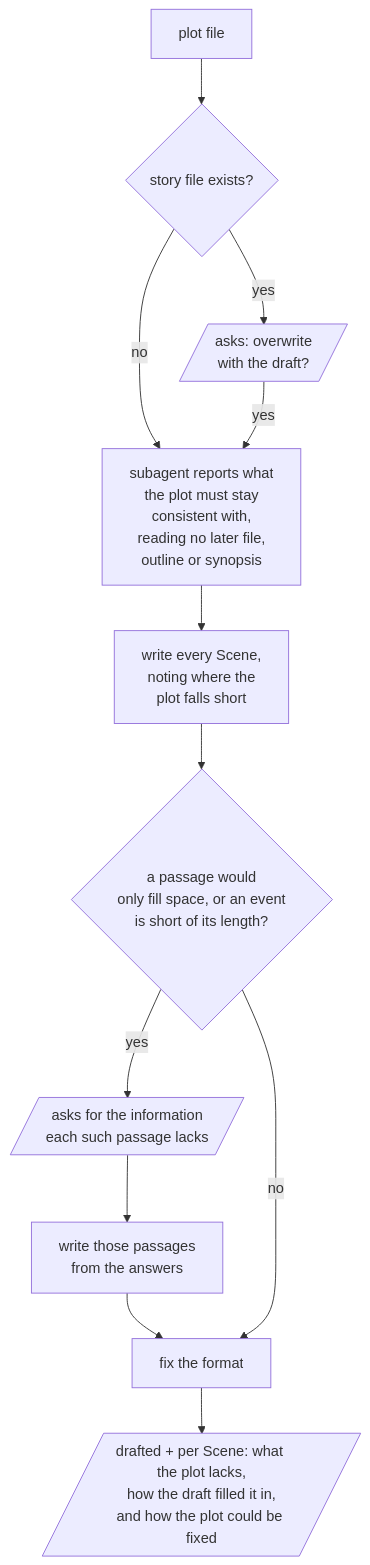
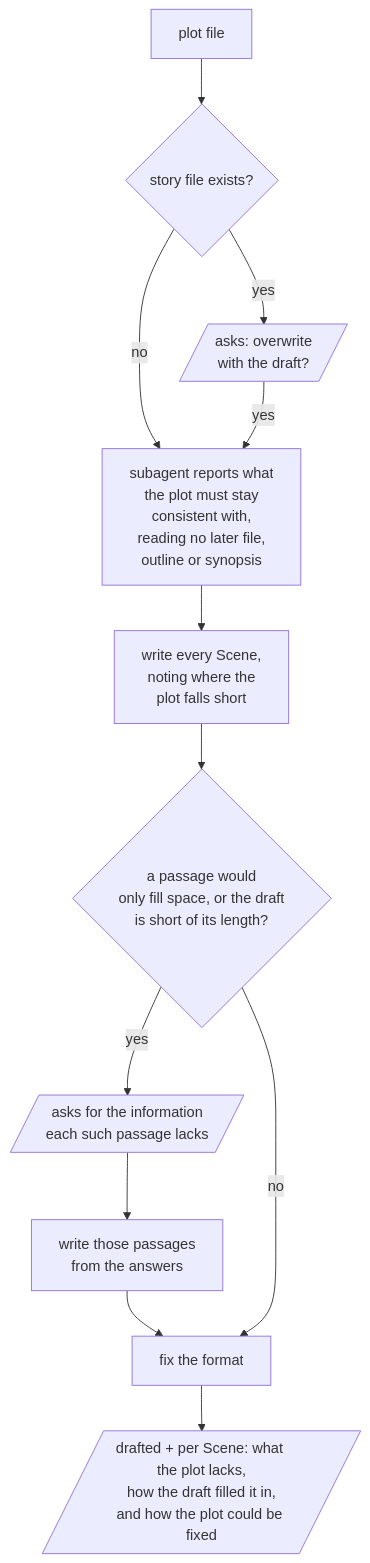
The diagram in domains/story/skills/draft/README.md (omni-stove/skill-kit), drawn with Mermaid before and after one commit. The commit also changed 13 other files, not shown here.

````diff
--- a/domains/story/skills/draft/README.md
+++ b/domains/story/skills/draft/README.md
@@ -8,14 +8,14 @@
 ```mermaid
 flowchart TD
   input[plot file] --> exists{story file exists?}
   exists -- "yes" --> ask[/asks: overwrite<br/>with the draft?/]
   exists -- "no" --> agent
   ask -- "yes" --> agent[subagent reports what<br/>the plot must stay<br/>consistent with,<br/>reading no later file,<br/>outline or synopsis]
   agent --> write[write every Scene,<br/>noting where the<br/>plot falls short]
-  write --> gap{a passage would<br/>only fill space, or an event<br/>is short of its length?}
+  write --> gap{a passage would<br/>only fill space, or the draft<br/>is short of its length?}
   gap -- "yes" --> need[/asks for the information<br/>each such passage lacks/]
   need --> fill[write those passages<br/>from the answers]
   fill --> format
   gap -- "no" --> format[fix the format]
   format --> done[/"drafted + per Scene: what the plot lacks,<br/>how the draft filled it in,<br/>and how the plot could be fixed"/]
 ```
````
